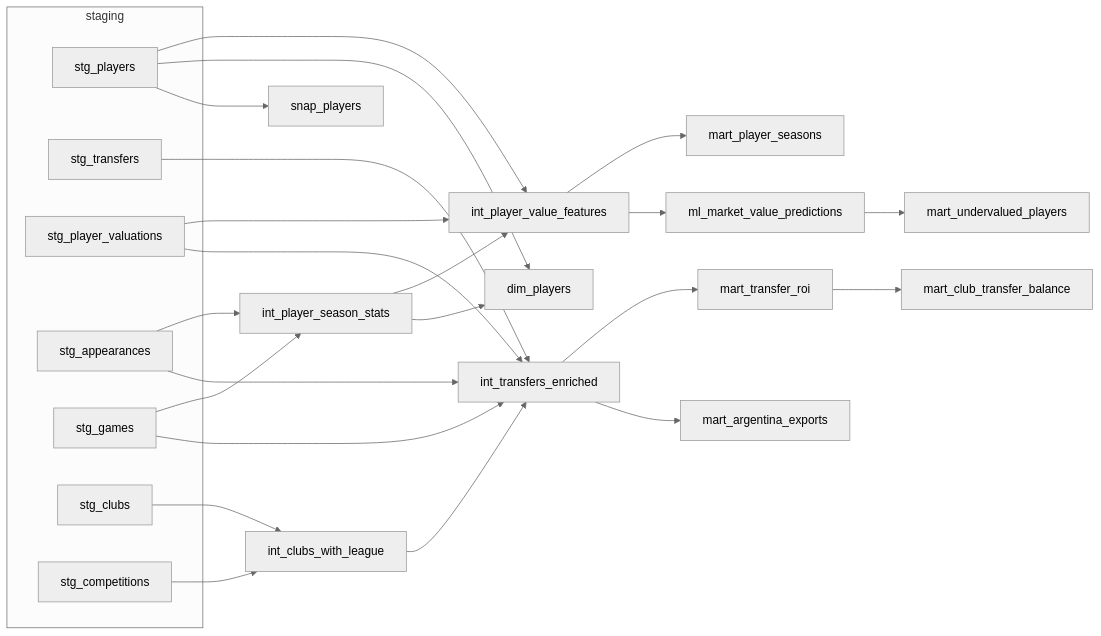
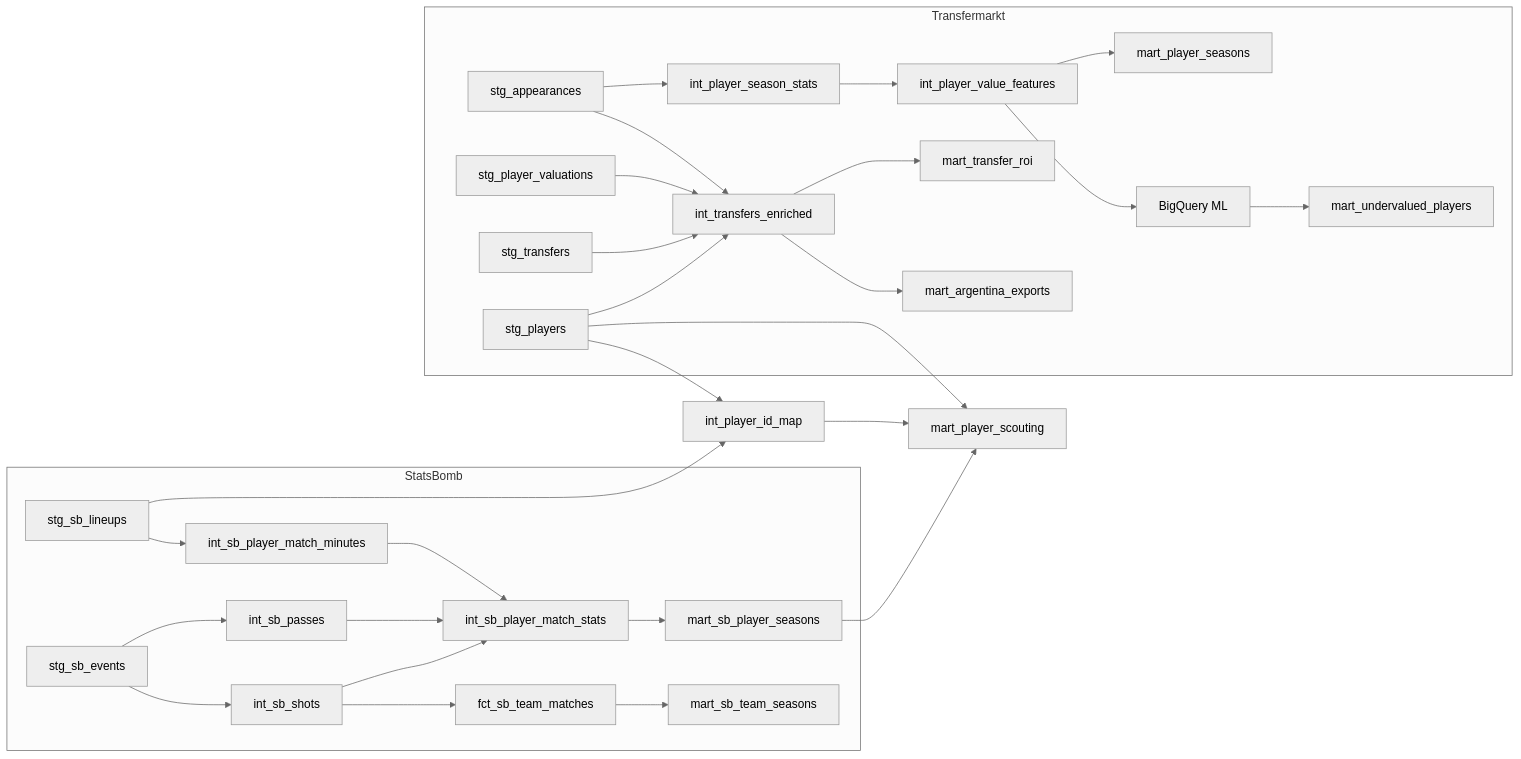
The third of 3 diagrams in README.md (Martinix584/Fuchibol), drawn with Mermaid (neutral theme) before and after one commit. The commit also changed other lines of this file and 81 other files, not shown here.

````diff
--- a/README.md
+++ b/README.md
@@ -52,22 +75,19 @@
 ```mermaid
 flowchart LR
-    subgraph staging
-        stg_players
-        stg_transfers
-        stg_player_valuations
-        stg_appearances
-        stg_games
-        stg_clubs
-        stg_competitions
+    subgraph Transfermarkt
+        stg_players & stg_transfers & stg_player_valuations & stg_appearances --> int_transfers_enriched
+        stg_appearances --> int_player_season_stats --> int_player_value_features
+        int_transfers_enriched --> mart_transfer_roi & mart_argentina_exports
+        int_player_value_features --> mart_player_seasons
+        int_player_value_features --> ML[BigQuery ML] --> mart_undervalued_players
     end
-    stg_appearances & stg_games --> int_player_season_stats
-    int_player_season_stats & stg_players & stg_player_valuations --> int_player_value_features
-    stg_transfers & stg_player_valuations & stg_appearances & stg_games & int_clubs_with_league --> int_transfers_enriched
-    stg_clubs & stg_competitions --> int_clubs_with_league
-    int_transfers_enriched --> mart_transfer_roi --> mart_club_transfer_balance
-    int_transfers_enriched --> mart_argentina_exports
-    int_player_value_features --> mart_player_seasons
-    int_player_season_stats & stg_players --> dim_players
-    int_player_value_features --> ml_market_value_predictions --> mart_undervalued_players
-    stg_players --> snap_players
+    subgraph StatsBomb
+        stg_sb_events --> int_sb_shots & int_sb_passes
+        stg_sb_lineups --> int_sb_player_match_minutes
+        int_sb_shots & int_sb_passes & int_sb_player_match_minutes --> int_sb_player_match_stats
+        int_sb_player_match_stats --> mart_sb_player_seasons
+        int_sb_shots --> fct_sb_team_matches --> mart_sb_team_seasons
+    end
+    stg_sb_lineups & stg_players --> int_player_id_map
+    mart_sb_player_seasons & int_player_id_map & stg_players --> mart_player_scouting
 ```
````
